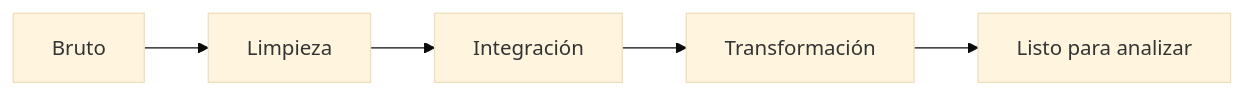
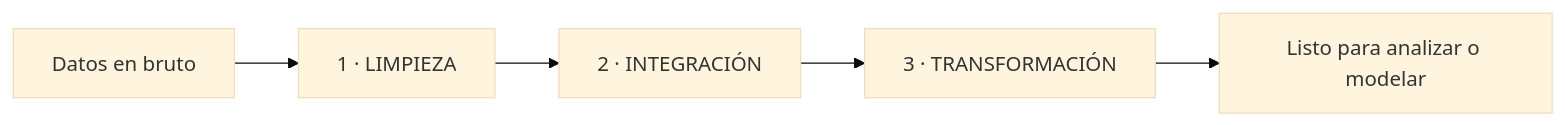
Before and after one commit to iesataulfoargentasor/sbd_2026_2027_new: the diagram in docs/ut1/preproceso.md, drawn with Mermaid (base theme). The commit also changed other lines of this file and 2 other files, not shown here.

````diff
--- a/docs/ut1/preproceso.md
+++ b/docs/ut1/preproceso.md
@@ -14,7 +27,7 @@
 ```mermaid
 flowchart LR
-  B[Bruto] --> L[Limpieza]
-  L --> I[Integración]
-  I --> T[Transformación]
-  T --> S[Listo para analizar]
+  B[Datos en bruto] --> L[1 · LIMPIEZA]
+  L --> I[2 · INTEGRACIÓN]
+  I --> T[3 · TRANSFORMACIÓN]
+  T --> S[Listo para analizar o modelar]
 ```
````
